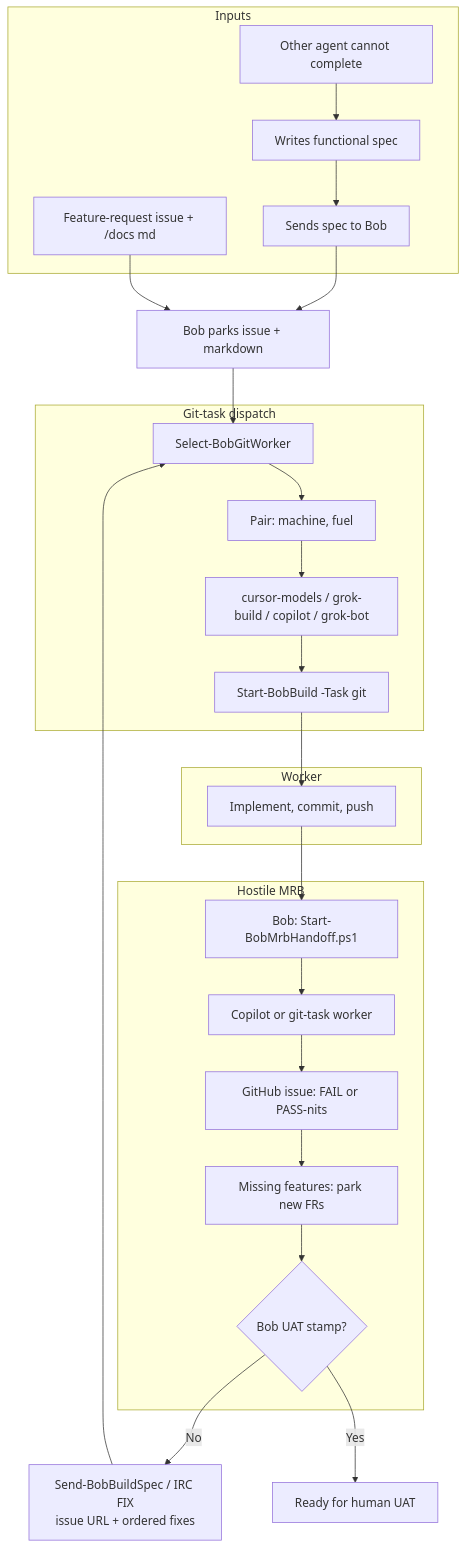
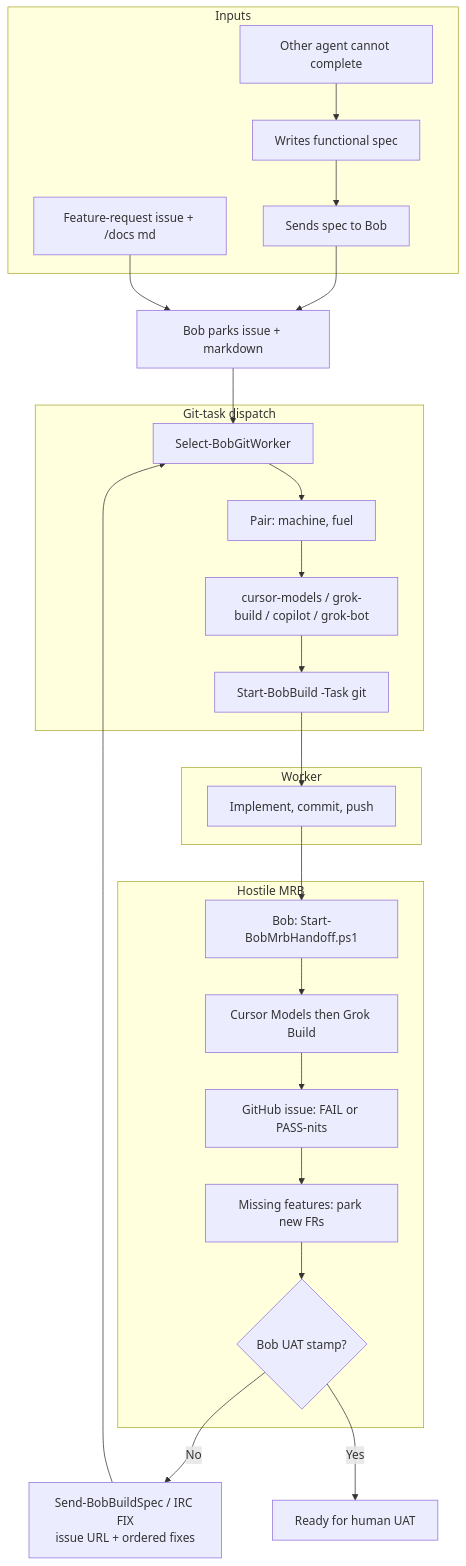
One commit to SimonBarnett/agentic_build changed the diagram in README.md. Above: the diagram before and after it, drawn with Mermaid. The commit also changed other lines of this file and 12 other files, not shown here.

Commit message:
models: grok.exe maps build0.1 to grok-4.5 until catalog lists it.

````diff
--- a/README.md
+++ b/README.md
@@ -48,41 +48,41 @@
 ```mermaid
 flowchart TB
   subgraph IN["Inputs"]
     A1["Other agent cannot complete"]
     A2["Writes functional spec"]
     A3["Sends spec to Bob"]
     F1["Feature-request issue + /docs md"]
   end
 
   A1 --> A2 --> A3
   A3 --> PARK
   F1 --> PARK["Bob parks issue + markdown"]
 
   subgraph DISPATCH["Git-task dispatch"]
     P1["Select-BobGitWorker"]
     P2["Pair: machine, fuel"]
     P3["cursor-models / grok-build / copilot / grok-bot"]
     P4["Start-BobBuild -Task git"]
   end
 
   PARK --> P1 --> P2 --> P3 --> P4
 
   subgraph BUILD["Worker"]
     D1["Implement, commit, push"]
   end
 
   P4 --> D1
 
   subgraph MRB["Hostile MRB"]
     M1["Bob: Start-BobMrbHandoff.ps1"]
-    M2["Copilot or git-task worker"]
+    M2["Cursor Models then Grok Build"]
     M3["GitHub issue: FAIL or PASS-nits"]
     M4["Missing features: park new FRs"]
     M5{"Bob UAT stamp?"}
   end
 
   D1 --> M1 --> M2 --> M3 --> M4 --> M5
   M5 -->|No| FIX["Send-BobBuildSpec / IRC FIX\nissue URL + ordered fixes"]
   FIX --> P1
   M5 -->|Yes| UAT["Ready for human UAT"]
 ```
````
